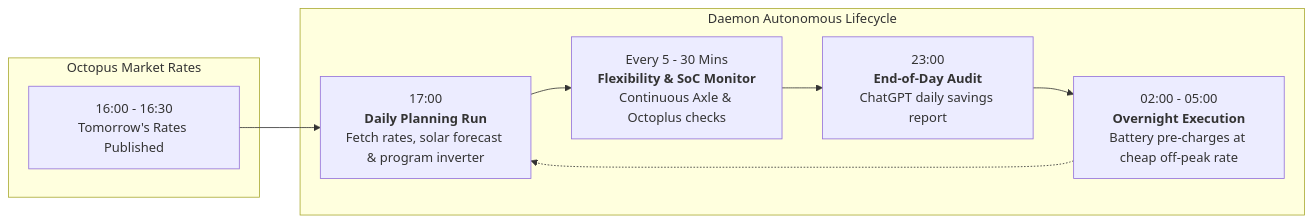
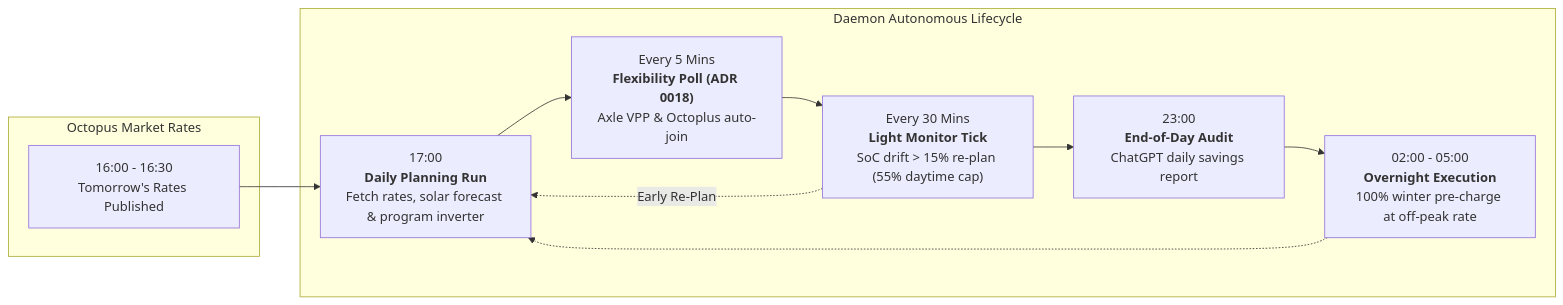
One commit to revhawk/GivEnergy_Tracker changed the third of 4 diagrams in README.md. Above: the diagram before and after it, drawn with Mermaid. The commit also changed other lines of this file and 7 other files, not shown here.

Commit message:
docs(release): bump to v1.0.25.8, update 5m/30m architecture flows, and guard against stale doc versions

````diff
--- a/README.md
+++ b/README.md
@@ -163,19 +171,22 @@
 ```mermaid
 flowchart LR
     subgraph Market["Octopus Market Rates"]
         Rates["16:00 - 16:30<br/>Tomorrow's Rates Published"]
     end
 
     subgraph Daemon["Daemon Autonomous Lifecycle"]
         Plan["17:00<br/><b>Daily Planning Run</b><br/>Fetch rates, solar forecast & program inverter"]
-        Monitor["Every 5 - 30 Mins<br/><b>Flexibility & SoC Monitor</b><br/>Continuous Axle & Octoplus checks"]
+        Flex["Every 5 Mins<br/><b>Flexibility Poll (ADR 0018)</b><br/>Axle VPP & Octoplus auto-join"]
+        Drift["Every 30 Mins<br/><b>Light Monitor Tick</b><br/>SoC drift > 15% re-plan (55% daytime cap)"]
         Audit["23:00<br/><b>End-of-Day Audit</b><br/>ChatGPT daily savings report"]
-        Charge["02:00 - 05:00<br/><b>Overnight Execution</b><br/>Battery pre-charges at cheap off-peak rate"]
+        Charge["02:00 - 05:00<br/><b>Overnight Execution</b><br/>100% winter pre-charge at off-peak rate"]
     end
 
     Rates --> Plan
-    Plan --> Monitor
-    Monitor --> Audit
+    Plan --> Flex
+    Flex --> Drift
+    Drift -.->|Early Re-Plan| Plan
+    Drift --> Audit
     Audit --> Charge
     Charge -.-> Plan
 ```
````
